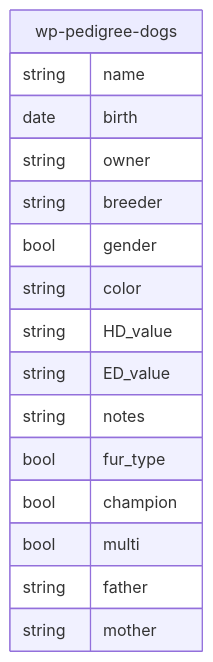
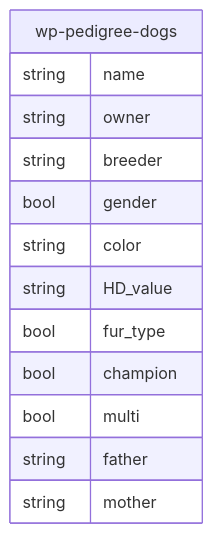
One commit to w3ich3rt/wp-pedigree changed the diagram in TABLE_SCHEMA.MD. Above: the diagram before and after it, drawn with Mermaid. The commit also changed other lines of this file and 3 other files, not shown here.

````diff
--- a/TABLE_SCHEMA.MD
+++ b/TABLE_SCHEMA.MD
@@ -5,19 +5,16 @@
 ```mermaid
 erDiagram
     wp-pedigree-dogs {
         string name
-        date birth
         string owner
         string breeder
         bool gender
         string color
         string HD_value
-        string ED_value
-        string notes
         bool fur_type
         bool champion
         bool multi
         string father
         string mother
     }
 ```
````
